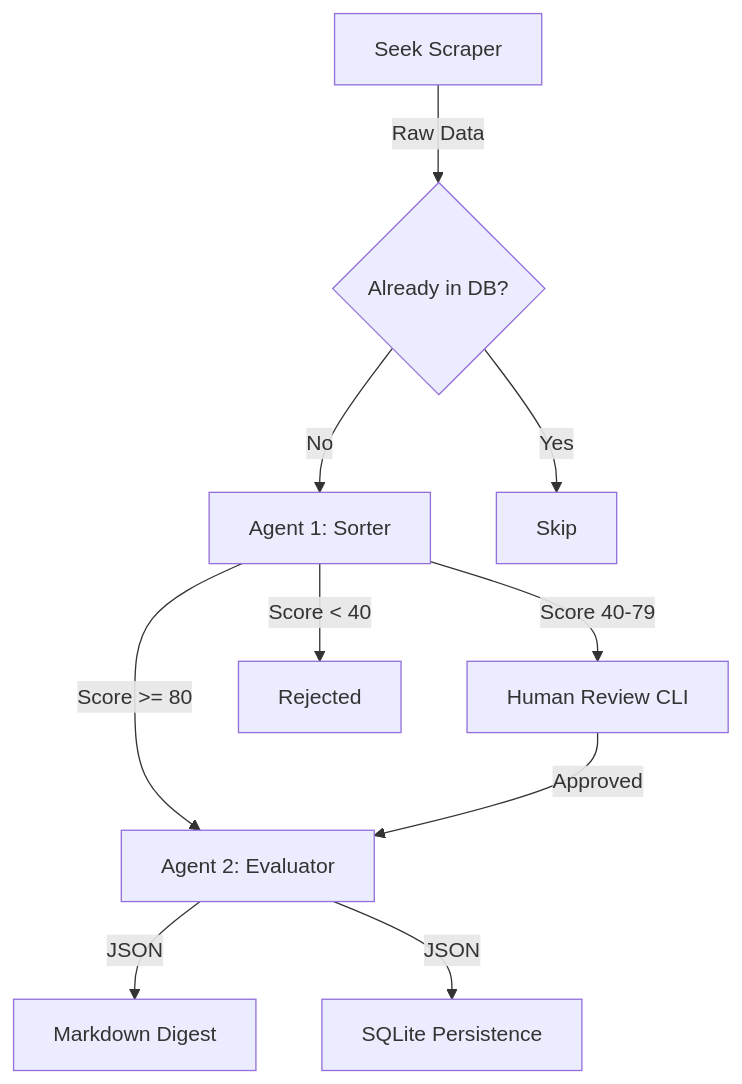
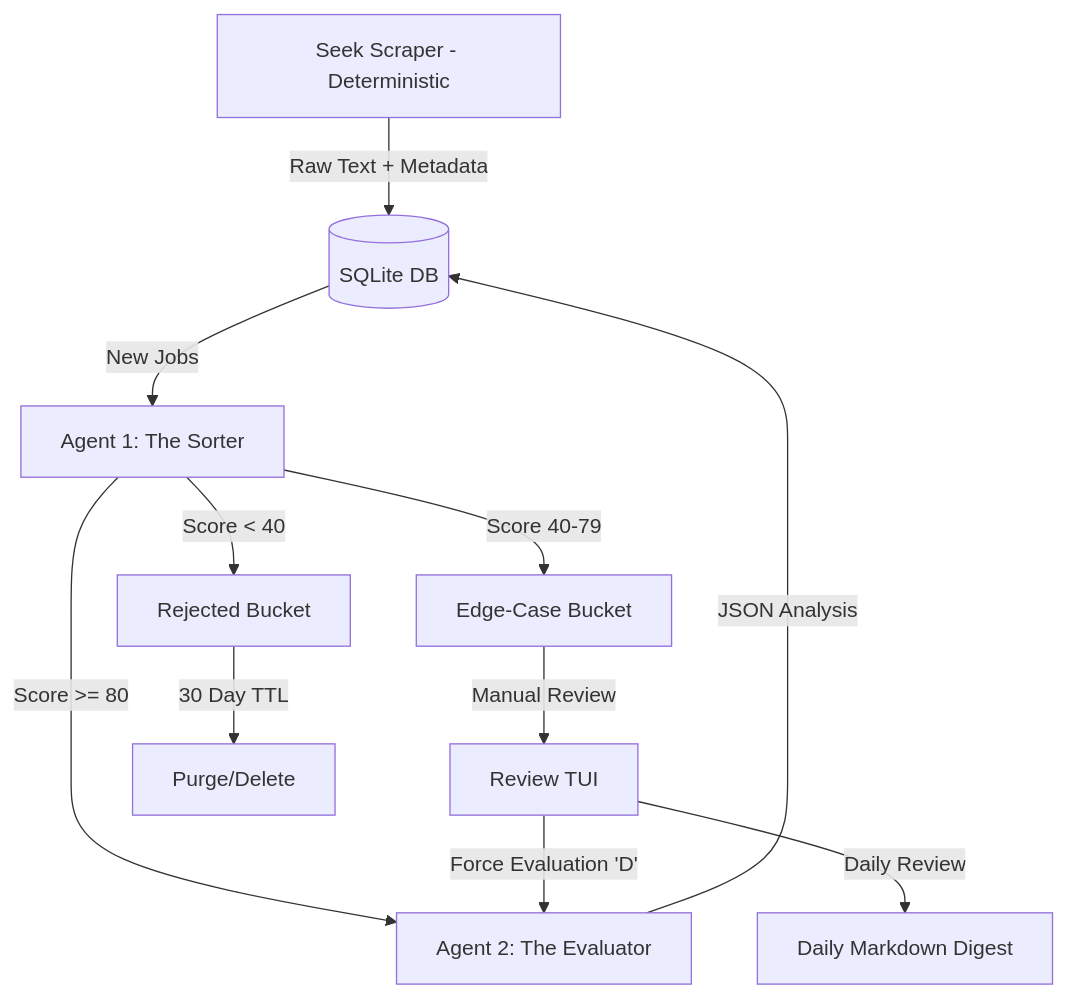
The diagram in docs/system_design.md (Foolminate/Vector), drawn with Mermaid before and after one commit. The commit also changed other lines of this file and 11 other files, not shown here.

````diff
--- a/docs/system_design.md
+++ b/docs/system_design.md
@@ -75,12 +7,16 @@
 ```mermaid
 graph TD
-    A[Seek Scraper] -->|Raw Data| B{Already in DB?}
-    B -->|No| C[Agent 1: Sorter]
-    B -->|Yes| Z[Skip]
-    C -->|Score >= 80| D[Agent 2: Evaluator]
-    C -->|Score 40-79| E[Human Review CLI]
-    C -->|Score < 40| F[Rejected]
-    E -->|Approved| D
-    D -->|JSON| G[Markdown Digest]
-    D -->|JSON| H[SQLite Persistence]
+    A[Seek Scraper - Deterministic] -->|Raw Text + Metadata| B[(SQLite DB)]
+    B -->|New Jobs| C[Agent 1: The Sorter]
+    C -->|Score < 40| D[Rejected Bucket]
+    C -->|Score 40-79| E[Edge-Case Bucket]
+    C -->|Score >= 80| F[Agent 2: The Evaluator]
+    
+    E -->|Manual Review| G[Review TUI]
+    F -->|JSON Analysis| B
+    
+    G -->|Force Evaluation 'D'| F
+    G -->|Daily Review| H[Daily Markdown Digest]
+    
+    D -->|30 Day TTL| I[Purge/Delete]
 ```
````
